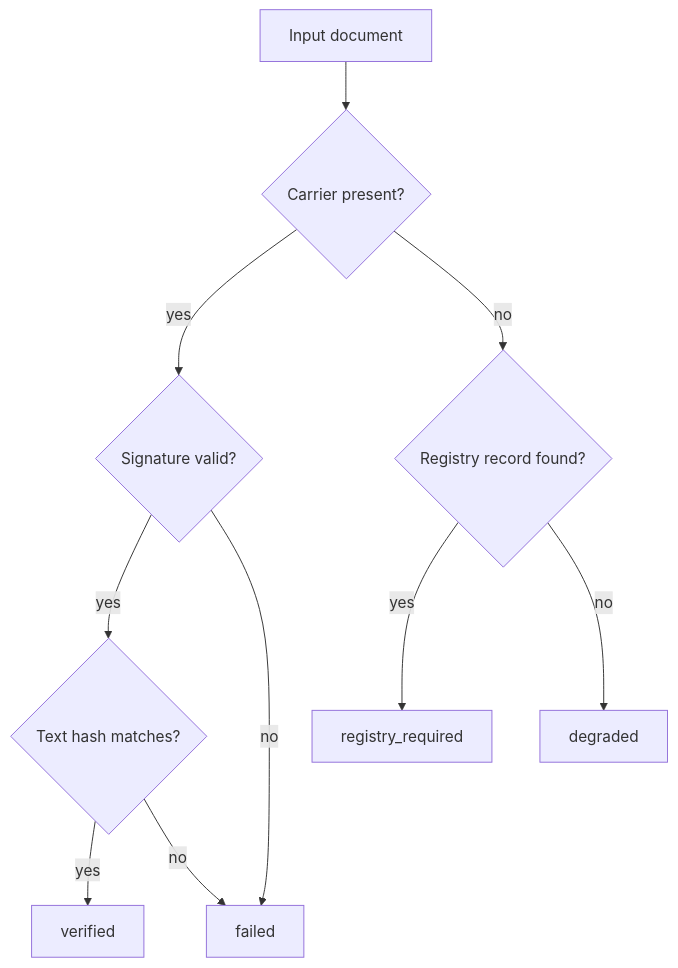
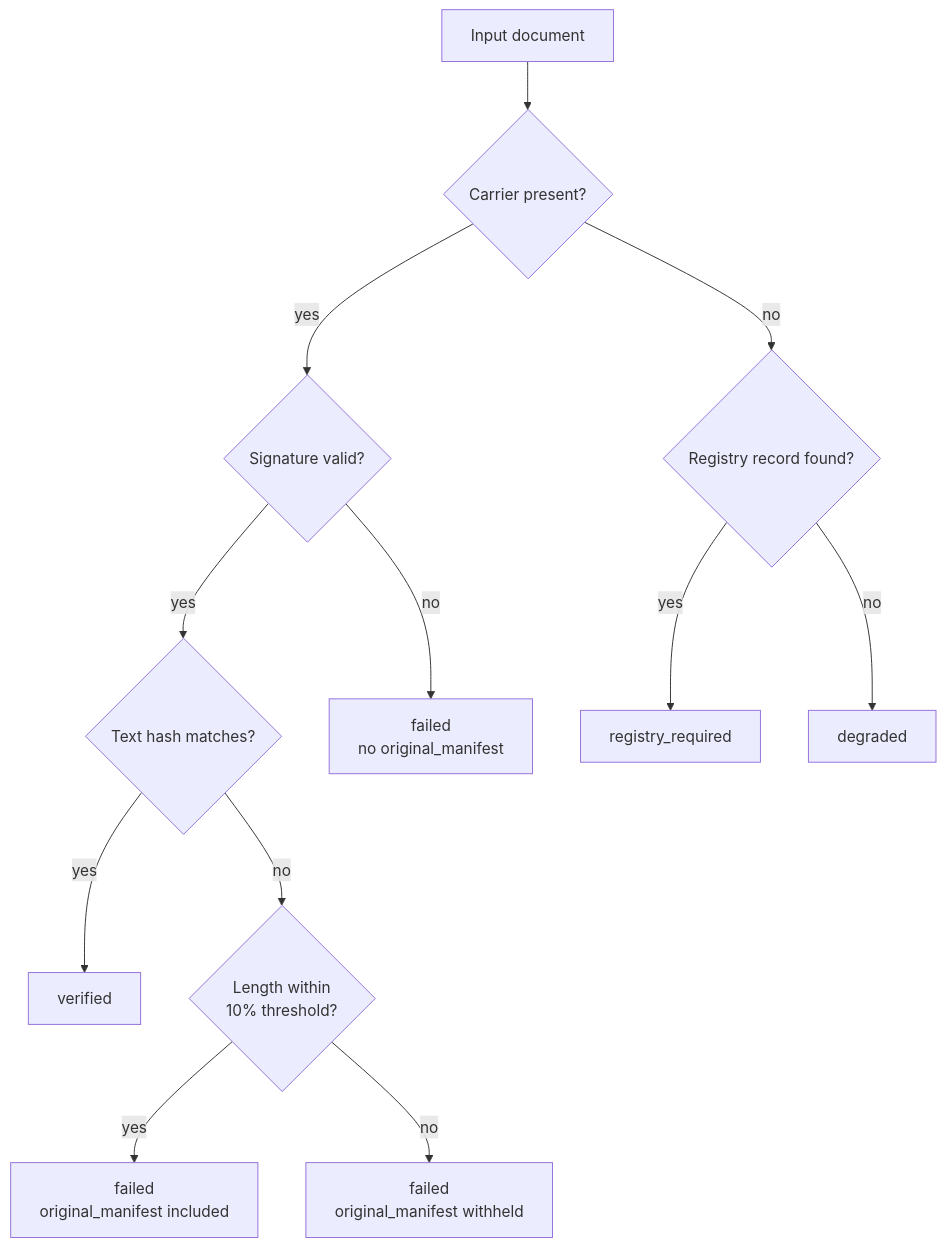
One commit to systemacticco-rgb/lps-reference-implementation changed the fifth of 7 diagrams in DIAGRAMS.md. Above: the diagram before and after it, drawn with Mermaid. The commit also changed other lines of this file and 7 other files, not shown here.

````diff
--- a/DIAGRAMS.md
+++ b/DIAGRAMS.md
@@ -90,14 +89,18 @@
 ```mermaid
 flowchart TD
     A[Input document] --> B{Carrier present?}
-
     B -->|yes| C{Signature valid?}
     C -->|yes| D{Text hash matches?}
-    C -->|no| E[failed]
+    C -->|no| E[failed
+no original_manifest]
     D -->|yes| F[verified]
-    D -->|no| E
-
+    D -->|no| J{Length within
+10% threshold?}
+    J -->|yes| K[failed
+original_manifest included]
+    J -->|no| L[failed
+original_manifest withheld]
     B -->|no| G{Registry record found?}
     G -->|yes| H[registry_required]
     G -->|no| I[degraded]
 ```
````
